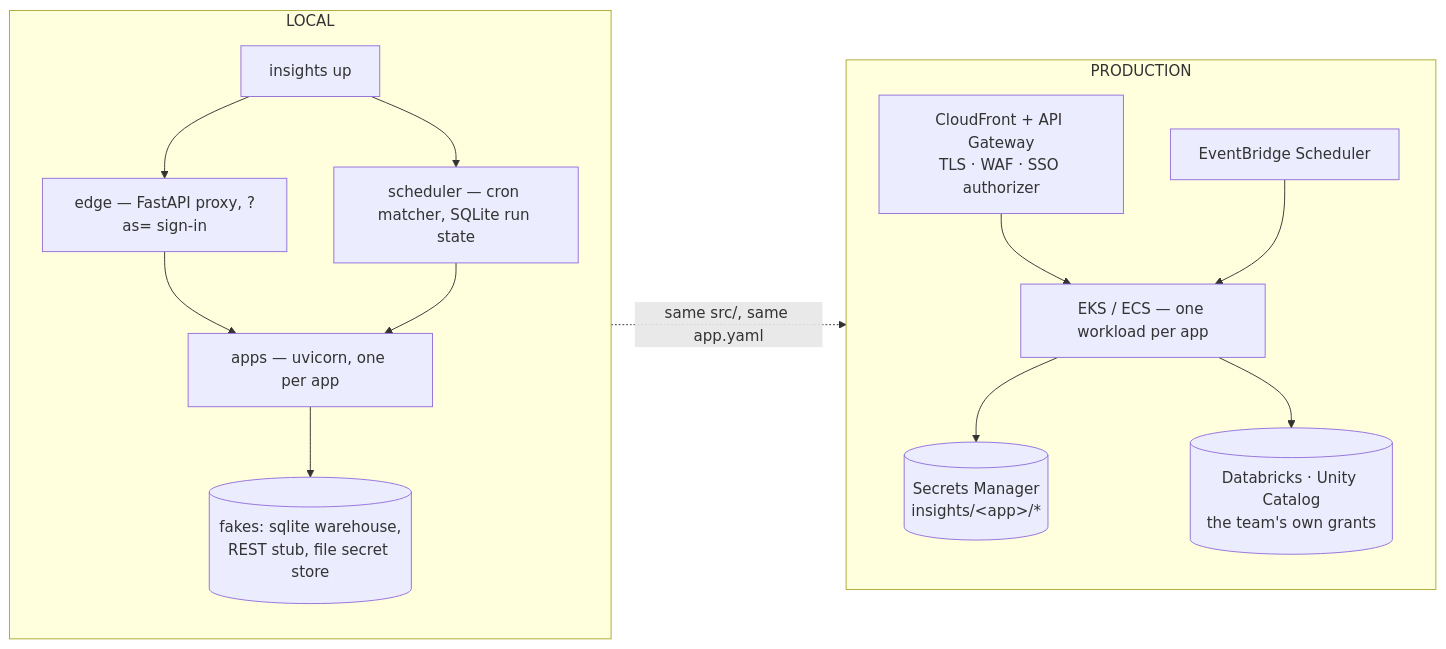
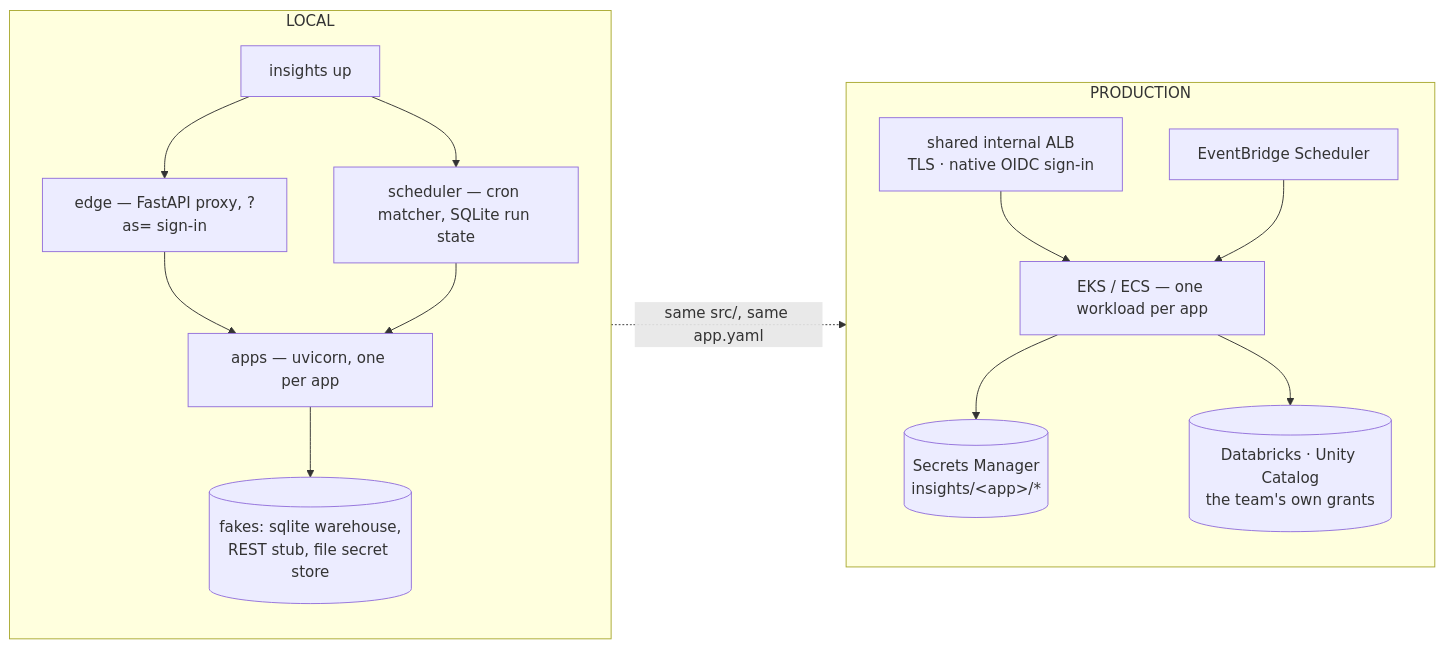
Before and after one commit to KRISHNABR/insights-platform: the third of 3 diagrams in docs/ARCHITECTURE.md, drawn with Mermaid. The commit also changed other lines of this file and 13 other files, not shown here.

````diff
--- a/docs/ARCHITECTURE.md
+++ b/docs/ARCHITECTURE.md
@@ -461,27 +461,27 @@
 ```mermaid
 flowchart LR
   subgraph L["LOCAL"]
     direction TB
     L1["insights up"]
     L2["edge — FastAPI proxy, ?as= sign-in"]
     L3["apps — uvicorn, one per app"]
     L4["scheduler — cron matcher, SQLite run state"]
     L5[("fakes: sqlite warehouse,<br/>REST stub, file secret store")]
     L1 --> L2 --> L3 --> L5
     L1 --> L4 --> L3
   end
 
   subgraph P["PRODUCTION"]
     direction TB
-    P1["CloudFront + API Gateway<br/>TLS · WAF · SSO authorizer"]
+    P1["shared internal ALB<br/>TLS · native OIDC sign-in"]
     P2["EKS / ECS — one workload per app"]
     P3["EventBridge Scheduler"]
     P4[("Secrets Manager<br/>insights/&lt;app&gt;/*")]
     P5[("Databricks · Unity Catalog<br/>the team's own grants")]
     P1 --> P2 --> P4
     P2 --> P5
     P3 --> P2
   end
 
   L -.->|"same src/, same app.yaml"| P
 ```
````
